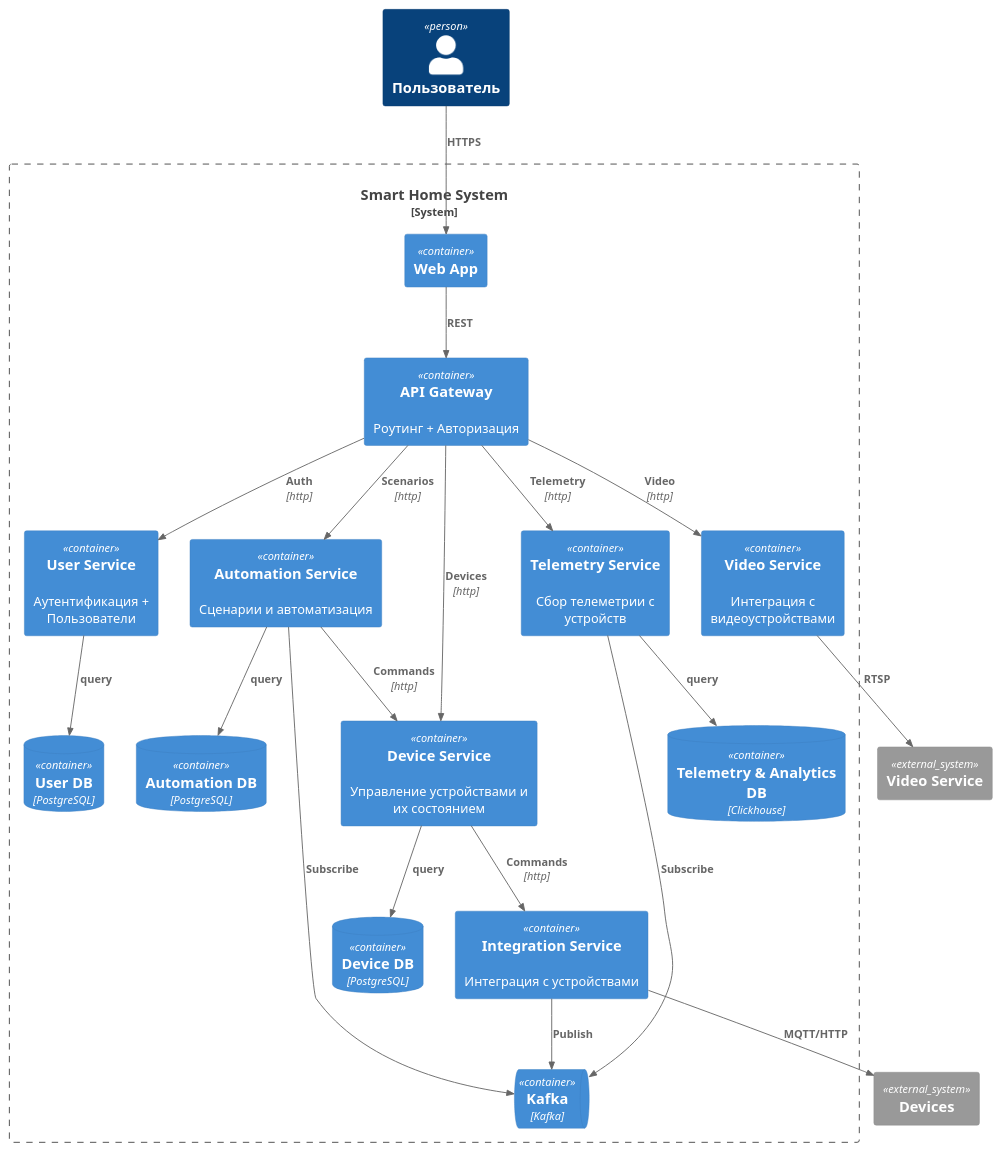
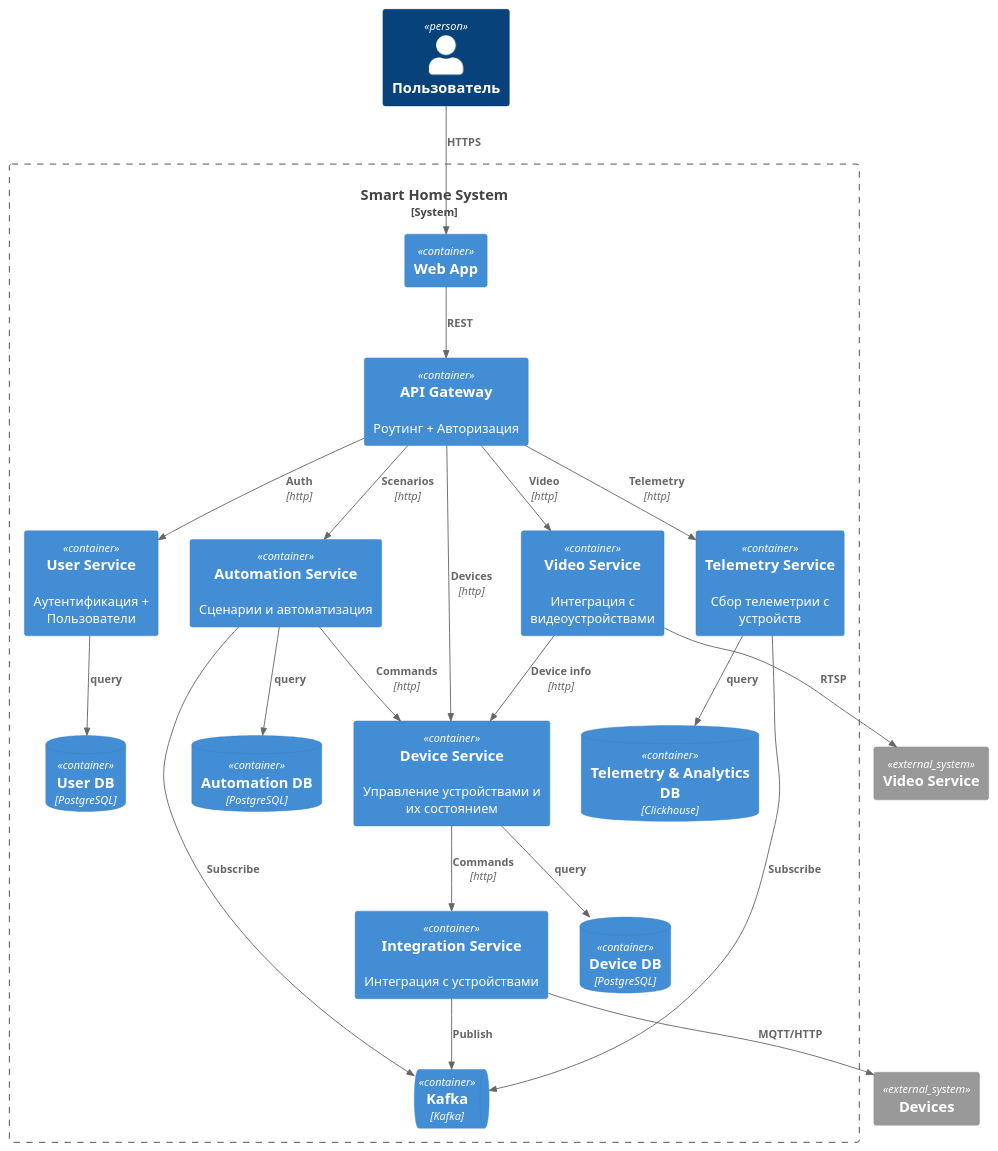
The diagram in docs/2be_container.puml (dengaleev/practicum-warmhouse), drawn with PlantUML before and after one commit. The commit also changed 3 other files, not shown here.

```diff
--- a/docs/2be_container.puml
+++ b/docs/2be_container.puml
@@ -1,52 +1,53 @@
 @startuml C4_Container_ToBeSystem
 
 !include https://raw.githubusercontent.com/plantuml-stdlib/C4-PlantUML/master/C4_Container.puml
 
 Person(user, "Пользователь", "")
 
 System_Boundary(c1, "Smart Home System") {
     Container(web_app, "Web App", "", "")
     Container(api_gateway, "API Gateway", "", "Роутинг + Авторизация")
 
     Container(user_service, "User Service", "", "Аутентификация + Пользователи")
     Container(device_service, "Device Service", "", "Управление устройствами и их состоянием")
     Container(automation_service, "Automation Service", "", "Сценарии и автоматизация")
     Container(telemetry_service, "Telemetry Service", "", "Сбор телеметрии с устройств")
     Container(integration_service, "Integration Service", "", "Интеграция с устройствами")
     Container(video_service, "Video Service", "", "Интеграция с видеоустройствами")
 
     ContainerDb(user_db, "User DB", "PostgreSQL", "")
     ContainerDb(device_db, "Device DB", "PostgreSQL", "")
     ContainerDb(automation_db, "Automation DB", "PostgreSQL", "")
     ContainerDb(analytics_db, "Telemetry & Analytics DB", "Clickhouse", "")
 
     ContainerQueue(kafka, "Kafka", "Kafka", "")
 }
 
 System_Ext(ext_video, "Video Service", "")
 System_Ext(devices, "Devices", "")
 
 Rel(user, web_app, "HTTPS")
 Rel(web_app, api_gateway, "REST")
 
 Rel(api_gateway, user_service, "Auth", "http")
 Rel(api_gateway, device_service, "Devices", "http")
 Rel(api_gateway, automation_service, "Scenarios", "http")
 Rel(api_gateway, telemetry_service, "Telemetry", "http")
 Rel(api_gateway, video_service, "Video", "http")
 
 Rel(user_service, user_db, "query", "")
 Rel(device_service, device_db, "query", "")
 Rel(automation_service, automation_db, "query", "")
 Rel(telemetry_service, analytics_db, "query", "")
 
 Rel(integration_service, kafka, "Publish")
 Rel(telemetry_service, kafka, "Subscribe")
 Rel(automation_service, kafka, "Subscribe")
 
 Rel(automation_service, device_service, "Commands", "http")
 Rel(device_service, integration_service, "Commands", "http")
 Rel(integration_service, devices, "MQTT/HTTP")
 Rel(video_service, ext_video, "RTSP")
+Rel(video_service, device_service, "Device info", "http")
 
 @enduml
```
